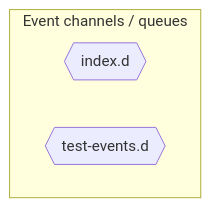
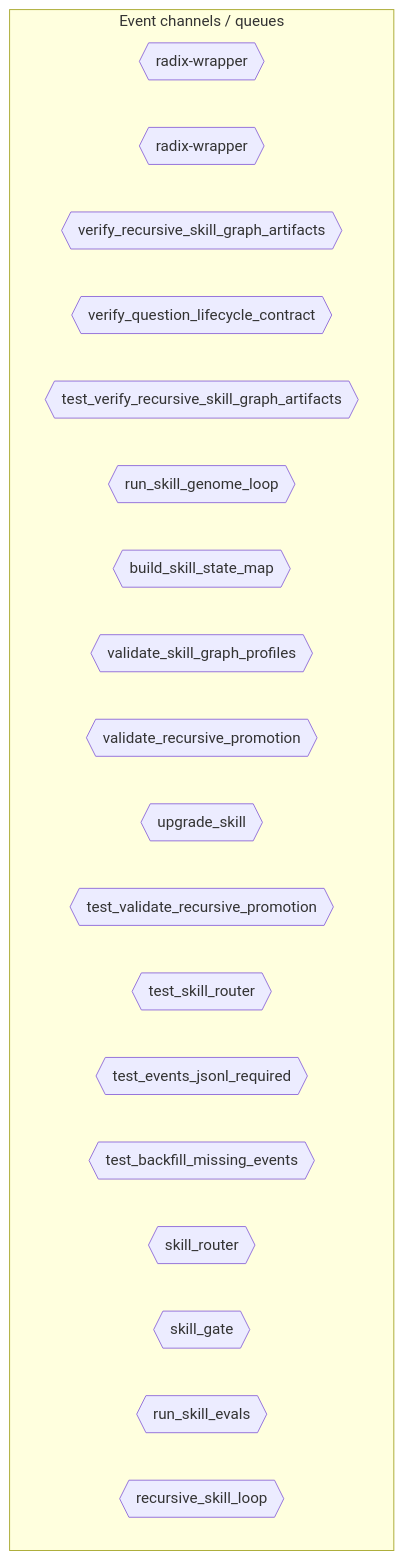
The diagram in .diagram/events.mmd (jscraik/Agent-Skills), drawn with Mermaid before and after one commit. The commit also changed 16 other files, not shown here.

Commit message:
docs: refresh README capabilities and diagram artifacts

```diff
--- a/.diagram/events.mmd
+++ b/.diagram/events.mmd
@@ -1,6 +1,22 @@
 flowchart TD
   subgraph Channels["Event channels / queues"]
-    index_d_1_0f747669{{"index.d"}}
-    test_events_d_4a22b2c9{{"test-events.d"}}
+    radix_wrapper_782f1842{{"radix-wrapper"}}
+    radix_wrapper_1_af63dc71{{"radix-wrapper"}}
+    verify_recursive_skill_graph_artifacts_62510fc1{{"verify_recursive_skill_graph_artifacts"}}
+    verify_question_lifecycle_contract_91025cb7{{"verify_question_lifecycle_contract"}}
+    test_verify_recursive_skill_graph_artifacts_d745a5ae{{"test_verify_recursive_skill_graph_artifacts"}}
+    run_skill_genome_loop_ab174e95{{"run_skill_genome_loop"}}
+    build_skill_state_map_de83c93f{{"build_skill_state_map"}}
+    validate_skill_graph_profiles_dac972b4{{"validate_skill_graph_profiles"}}
+    validate_recursive_promotion_cb35db6c{{"validate_recursive_promotion"}}
+    upgrade_skill_8352a0bd{{"upgrade_skill"}}
+    test_validate_recursive_promotion_6d8e8620{{"test_validate_recursive_promotion"}}
+    test_skill_router_1b78daf2{{"test_skill_router"}}
+    test_events_jsonl_required_317630f1{{"test_events_jsonl_required"}}
+    test_backfill_missing_events_d160f74b{{"test_backfill_missing_events"}}
+    skill_router_c50379b5{{"skill_router"}}
+    skill_gate_1b2f3166{{"skill_gate"}}
+    run_skill_evals_9a0eaee5{{"run_skill_evals"}}
+    recursive_skill_loop_aa940a84{{"recursive_skill_loop"}}
   end
   classDef eventNode fill:#db2777,color:#fff
```
